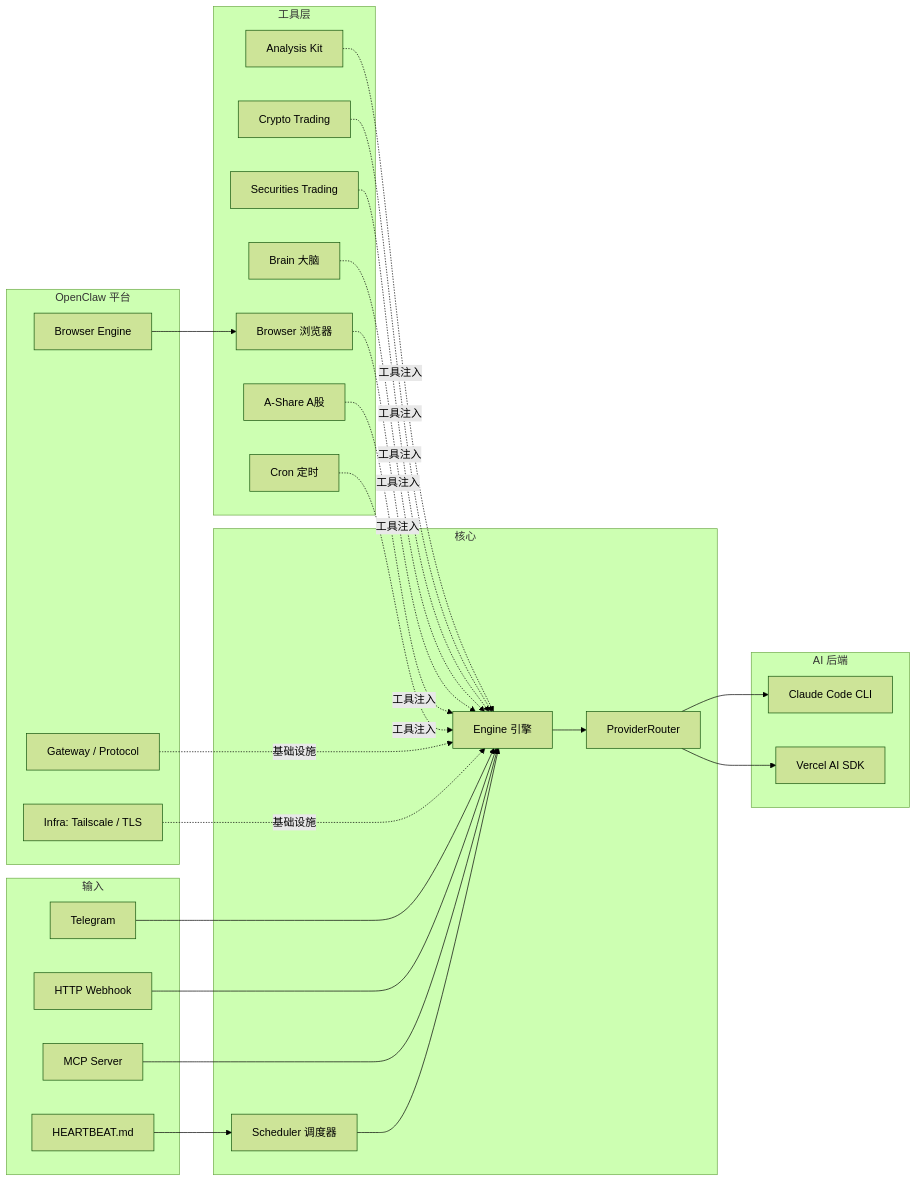
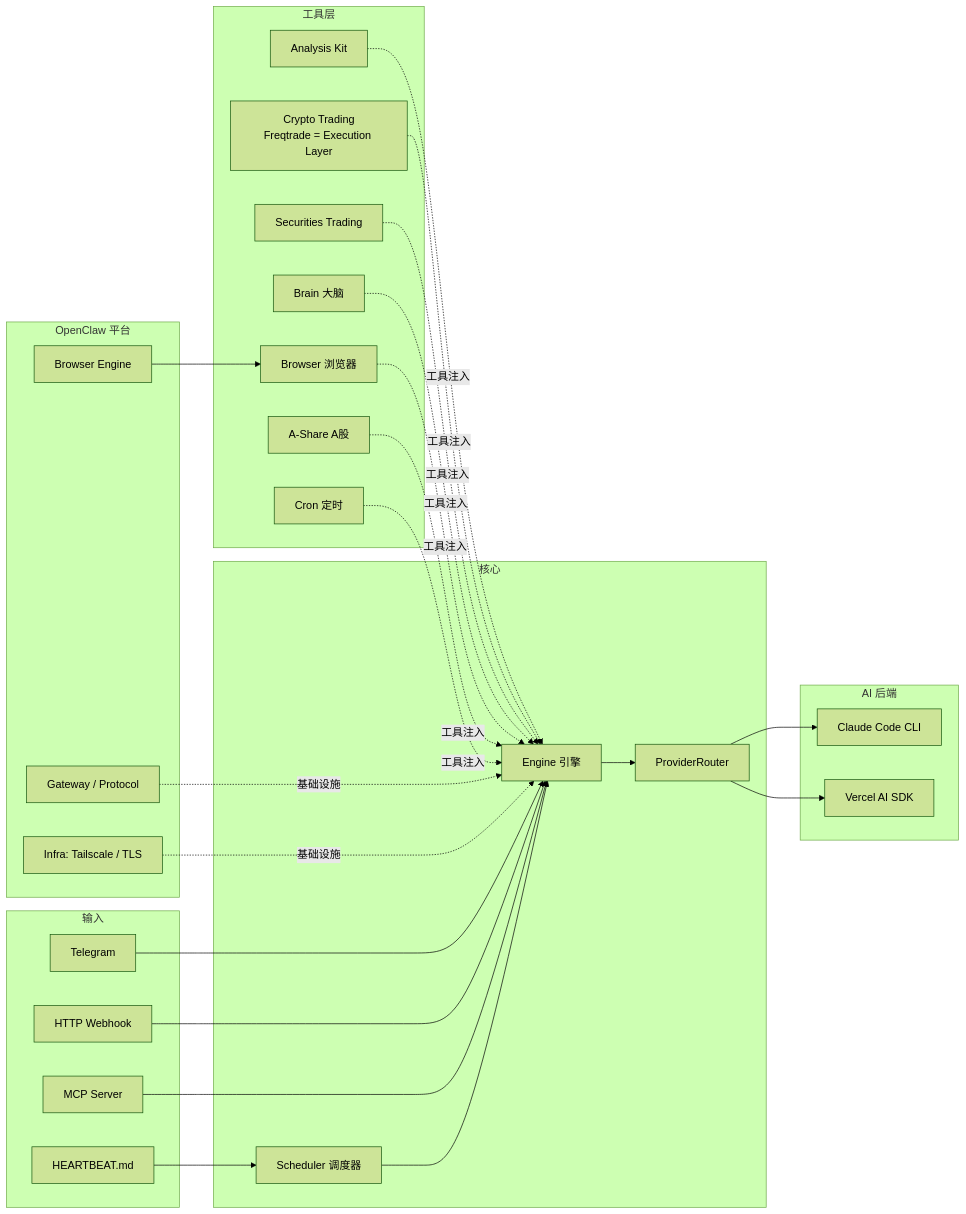
Before and after one commit to imsatoshi/TradeClaw: the diagram in README.md, drawn with Mermaid (forest theme). The commit also changed other lines of this file and 14 other files, not shown here.

````diff
--- a/README.md
+++ b/README.md
@@ -30,44 +33,44 @@
 ```mermaid
 graph LR
   subgraph 输入
     TG[Telegram]
     HTTP[HTTP Webhook]
     MCP[MCP Server]
     HB[HEARTBEAT.md]
   end
 
   subgraph 核心
     SC[Scheduler 调度器]
     E[Engine 引擎]
     PR[ProviderRouter]
   end
 
   subgraph AI 后端
     VS[Vercel AI SDK]
     CC[Claude Code CLI]
   end
 
   subgraph 工具层
     AK[Analysis Kit]
-    CT[Crypto Trading]
+    CT[Crypto Trading<br/>Freqtrade = Execution Layer]
     ST[Securities Trading]
     BR[Brain 大脑]
     BW[Browser 浏览器]
     AS[A-Share A股]
     CR[Cron 定时]
   end
 
   subgraph OpenClaw 平台
     OB[Browser Engine]
     OG[Gateway / Protocol]
     OI[Infra: Tailscale / TLS]
   end
 
   HB --> SC --> E
   TG & HTTP & MCP --> E
   E --> PR
   PR --> VS & CC
   AK & CT & ST & BR & BW & AS & CR -.工具注入.-> E
   OB --> BW
   OG & OI -.基础设施.-> E
 ```
````
